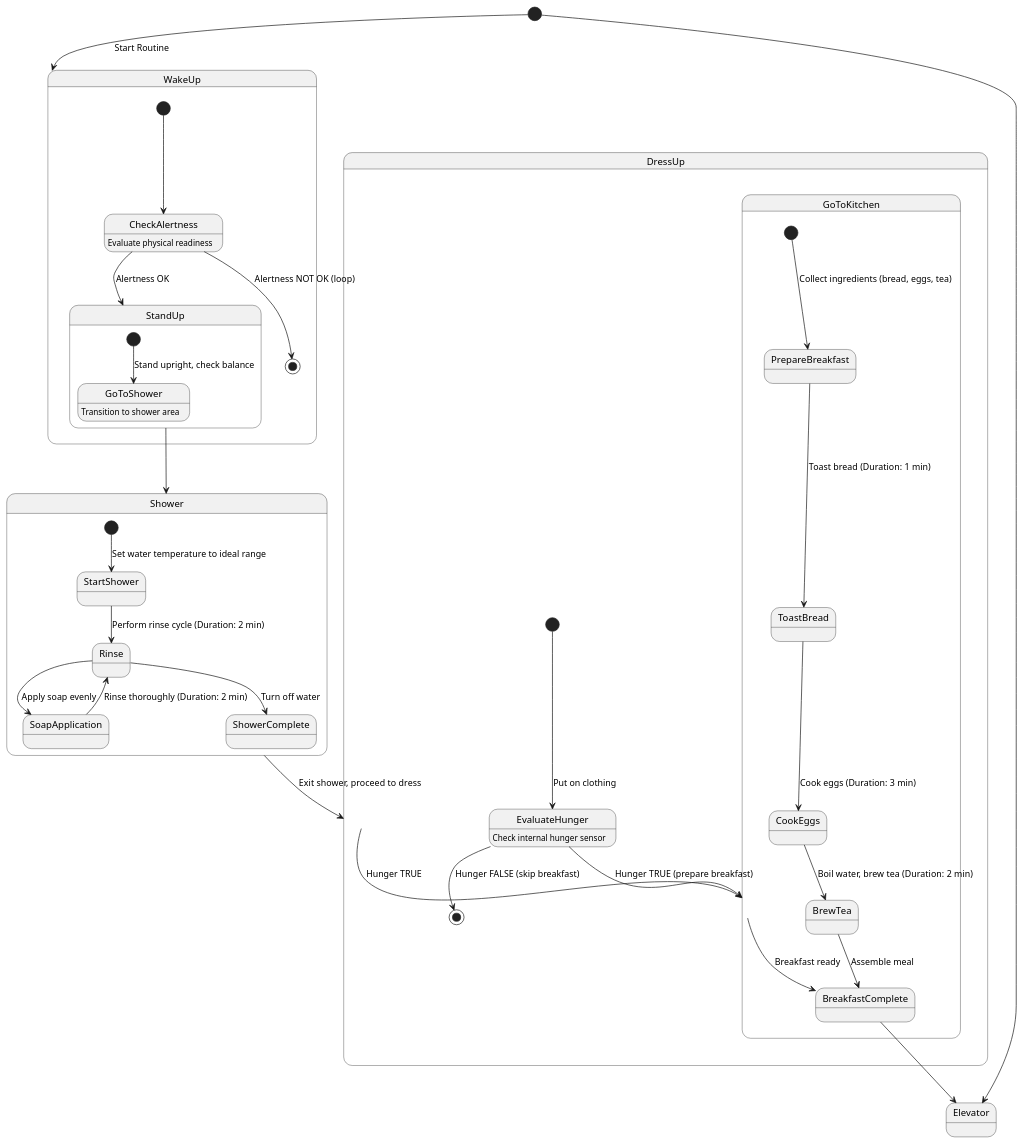
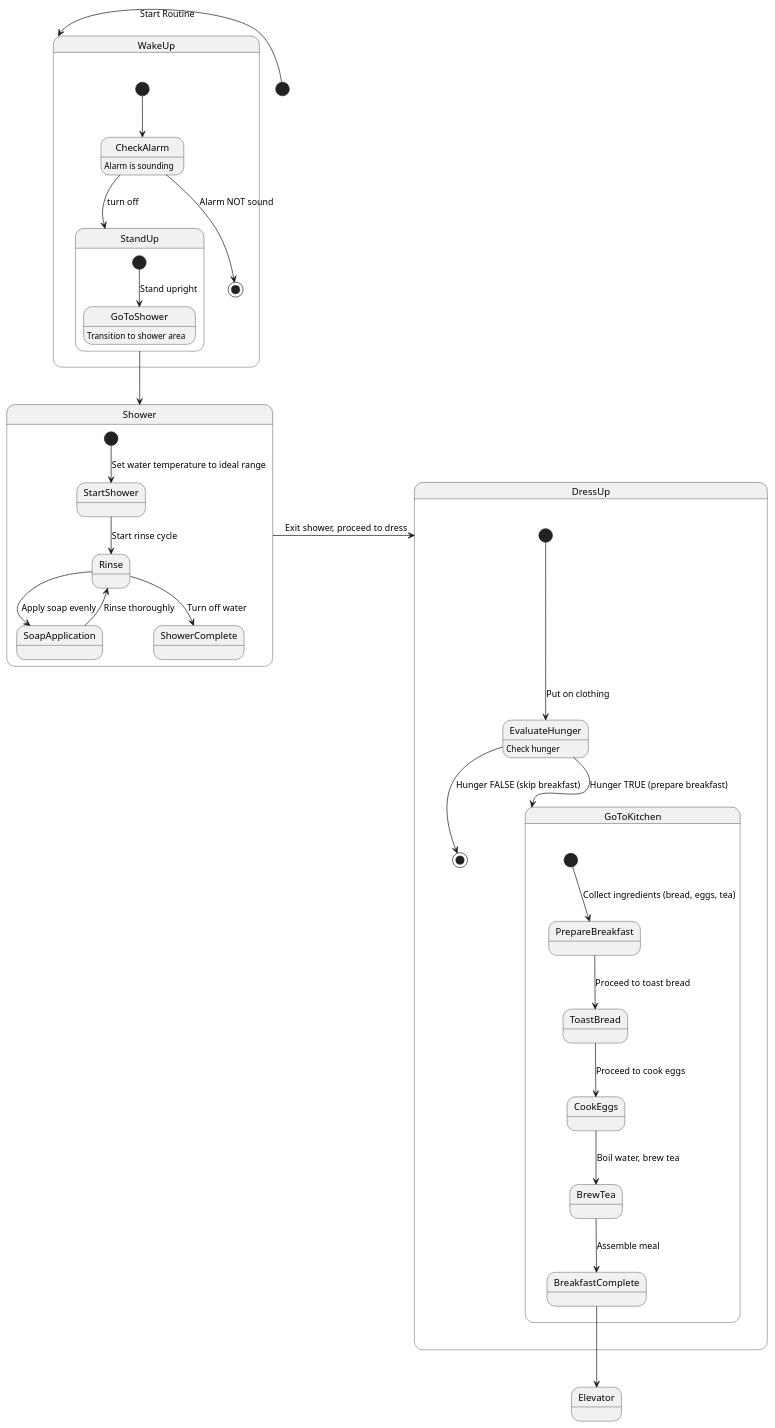
One commit to SebaPascal/Process-and-safety-assignment changed the diagram in src/State1.md. Above: the diagram before and after it, drawn with PlantUML.

Commit message:
Finish my state 1

````diff
--- a/src/State1.md
+++ b/src/State1.md
@@ -5,50 +5,46 @@
 ```plantuml
 @startuml
-[*] --> WakeUp : Start Routine
+[*] -l-> WakeUp : Start Routine
 
 state WakeUp {
-    [*] --> CheckAlertness
-    CheckAlertness : Evaluate physical readiness
-    CheckAlertness --> StandUp : Alertness OK
-    CheckAlertness --> [*] : Alertness NOT OK (loop)
+    [*] --> CheckAlarm
+    CheckAlarm : Alarm is sounding
+    CheckAlarm --> StandUp : turn off
+    CheckAlarm --> [*] : Alarm NOT sound
 }
 
 state StandUp {
-    [*] --> GoToShower : Stand upright, check balance
+    [*] --> GoToShower : Stand upright
     GoToShower : Transition to shower area
 }
 
 state Shower {
     [*] --> StartShower : Set water temperature to ideal range
-    StartShower --> Rinse : Perform rinse cycle (Duration: 2 min)
+    StartShower --> Rinse : Start rinse cycle 
     Rinse --> SoapApplication : Apply soap evenly
-    SoapApplication --> Rinse : Rinse thoroughly (Duration: 2 min)
+    SoapApplication --> Rinse : Rinse thoroughly
     Rinse --> ShowerComplete : Turn off water
 }
 
 StandUp --> Shower
-Shower --> DressUp : Exit shower, proceed to dress
+Shower -r-> DressUp : Exit shower, proceed to dress
 
 state DressUp {
     [*] --> EvaluateHunger : Put on clothing
-    EvaluateHunger : Check internal hunger sensor
+    EvaluateHunger : Check hunger
     EvaluateHunger --> [*] : Hunger FALSE (skip breakfast)
     EvaluateHunger --> GoToKitchen : Hunger TRUE (prepare breakfast)
 }
 
 state GoToKitchen {
     [*] --> PrepareBreakfast : Collect ingredients (bread, eggs, tea)
-    PrepareBreakfast --> ToastBread : Toast bread (Duration: 1 min)
-    ToastBread --> CookEggs : Cook eggs (Duration: 3 min)
-    CookEggs --> BrewTea : Boil water, brew tea (Duration: 2 min)
+    PrepareBreakfast --> ToastBread : Proceed to toast bread
+    ToastBread --> CookEggs : Proceed to cook eggs
+    CookEggs --> BrewTea : Boil water, brew tea 
     BrewTea --> BreakfastComplete : Assemble meal
 }
 
-DressUp --> GoToKitchen : Hunger TRUE
-GoToKitchen --> BreakfastComplete : Breakfast ready
-
 BreakfastComplete --> Elevator
-[*] --> Elevator
 
 @enduml
 ```
````
